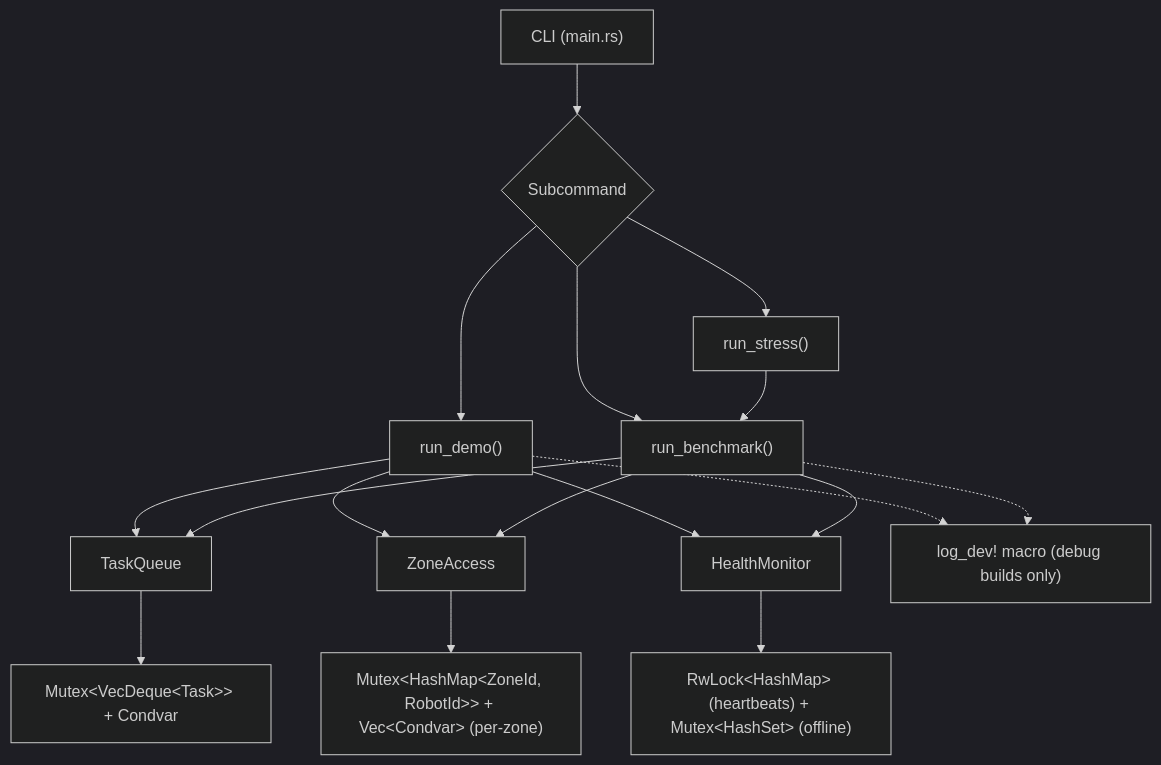
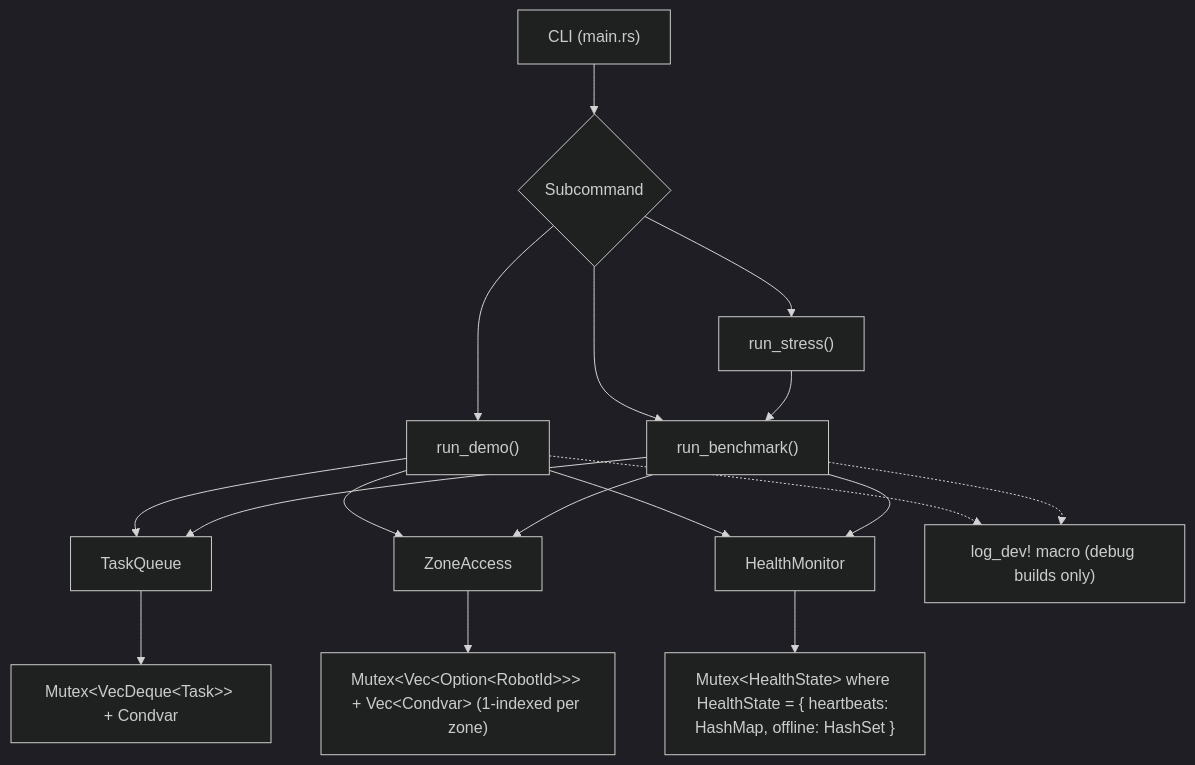
One commit to HaochenFa/Medical-Care-Robot-Coordination-System-Core changed the first of 6 diagrams in DIAGRAMS.md. Above: the diagram before and after it, drawn with Mermaid (dark theme). The commit also changed other lines of this file and 9 other files, not shown here.

````diff
--- a/DIAGRAMS.md
+++ b/DIAGRAMS.md
@@ -13,25 +13,25 @@
 ```mermaid
 flowchart TD
     CLI["CLI (main.rs)"] --> MODE{"Subcommand"}
     MODE --> DEMO["run_demo()"]
     MODE --> BENCH["run_benchmark()"]
     MODE --> STRESS["run_stress()"]
 
     DEMO --> TQ["TaskQueue"]
     DEMO --> ZA["ZoneAccess"]
     DEMO --> HM["HealthMonitor"]
 
     BENCH --> TQ
     BENCH --> ZA
     BENCH --> HM
 
     STRESS --> BENCH
 
     TQ --> TQSYNC["Mutex&lt;VecDeque&lt;Task&gt;&gt; + Condvar"]
-    ZA --> ZASYNC["Mutex&lt;HashMap&lt;ZoneId, RobotId&gt;&gt; + Vec&lt;Condvar&gt; (per-zone)"]
-    HM --> HMSYNC["RwLock&lt;HashMap&gt; (heartbeats) + Mutex&lt;HashSet&gt; (offline)"]
+    ZA --> ZASYNC["Mutex&lt;Vec&lt;Option&lt;RobotId&gt;&gt;&gt; + Vec&lt;Condvar&gt; (1-indexed per zone)"]
+    HM --> HMSYNC["Mutex&lt;HealthState&gt; where HealthState = { heartbeats: HashMap, offline: HashSet }"]
 
     LOG["log_dev! macro (debug builds only)"]
     DEMO -.-> LOG
     BENCH -.-> LOG
 ```
````
